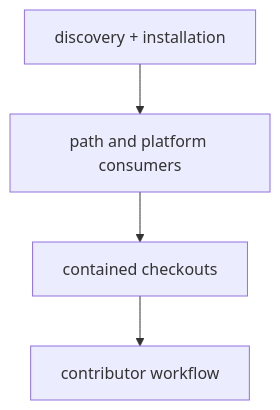
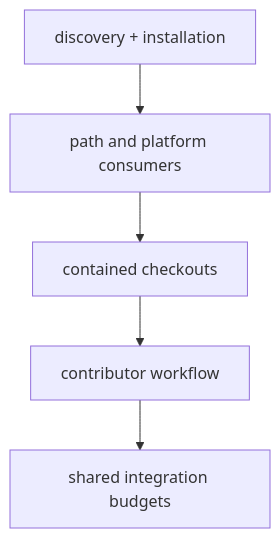
Before and after one commit to Valpatel/cad-agent: the diagram in .agents/inbox/agents/README.md, drawn with Mermaid. The commit also changed other lines of this file and 9 other files, not shown here.

````diff
--- a/.agents/inbox/agents/README.md
+++ b/.agents/inbox/agents/README.md
@@ -6,6 +6,7 @@
 ```mermaid
 flowchart TD
     D["discovery + installation"] --> P["path and platform consumers"]
     P --> C["contained checkouts"]
     C --> W["contributor workflow"]
+    W --> B["shared integration budgets"]
 ```
````
